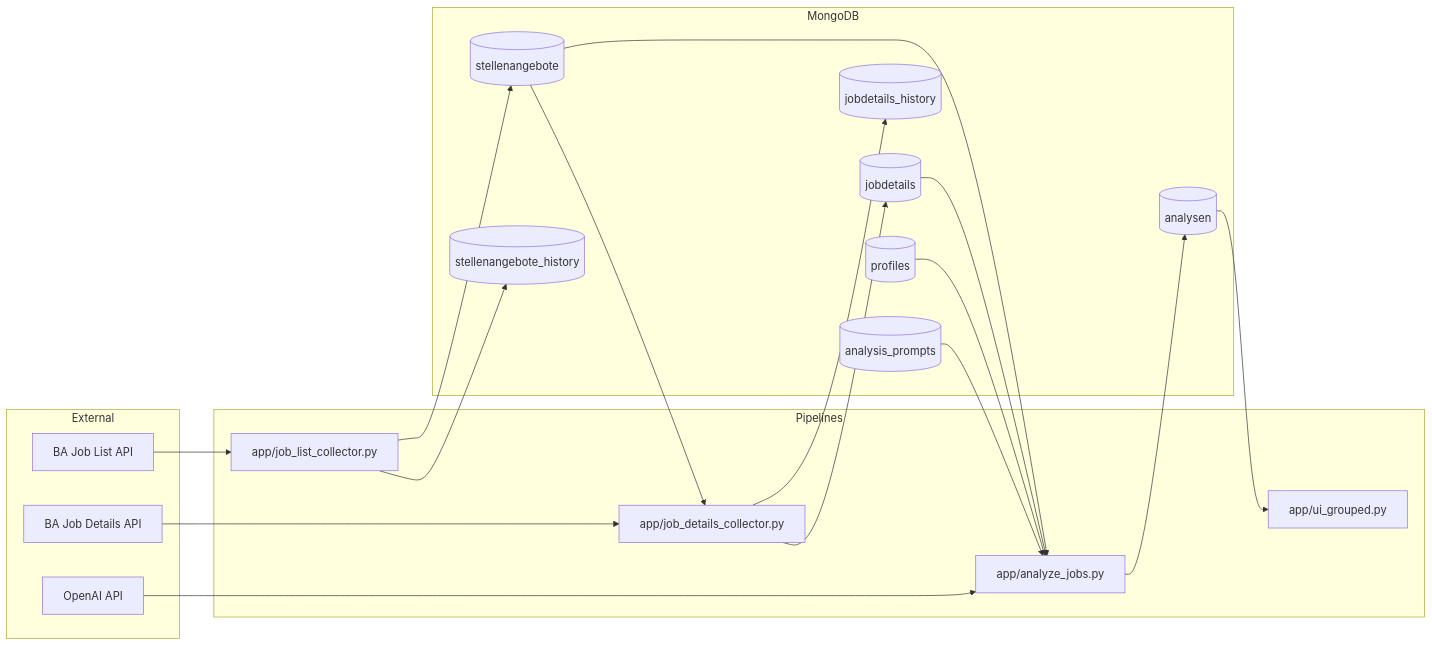
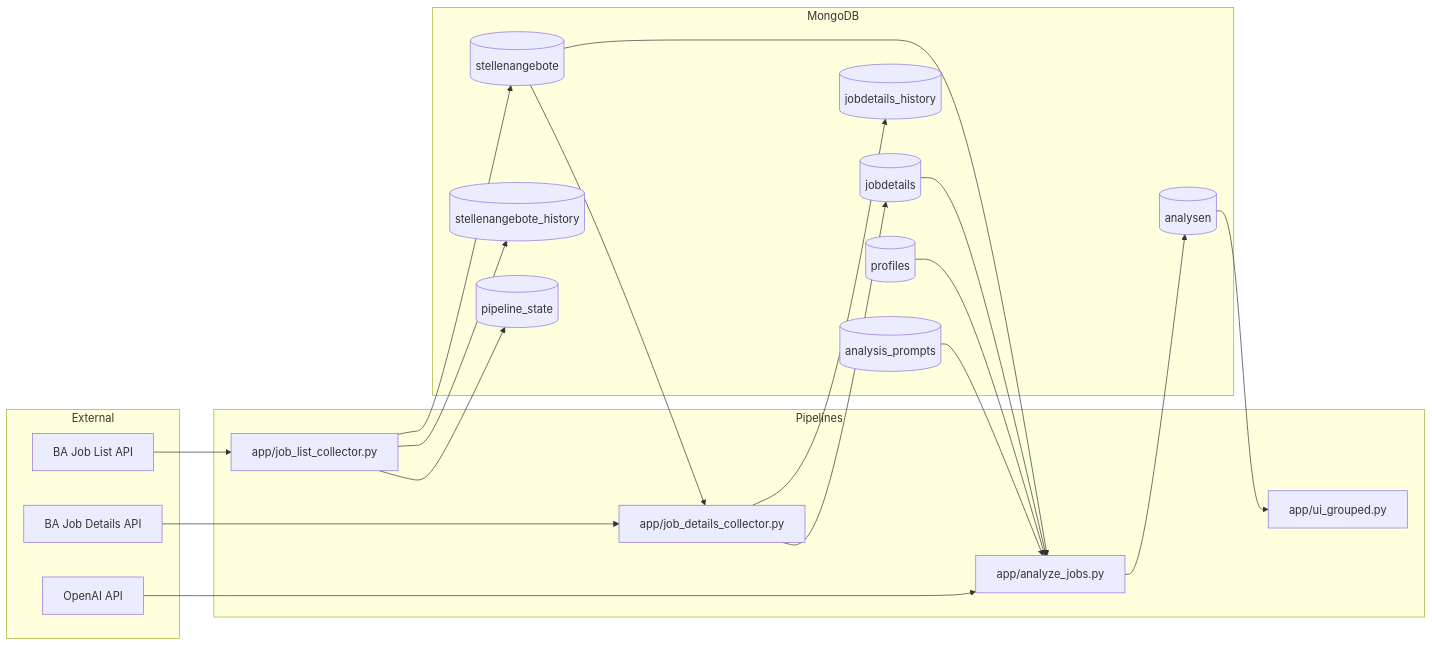
The diagram in docs/architecture/01-system-overview.md (oleksiydi/jobseeker-cli-dev), drawn with Mermaid before and after one commit. The commit also changed other lines of this file and 6 other files, not shown here.

First line of the commit message:
Align architecture docs with current pipeline behavior

````diff
--- a/docs/architecture/01-system-overview.md
+++ b/docs/architecture/01-system-overview.md
@@ -9,43 +9,45 @@
 ```mermaid
 flowchart LR
     subgraph External
         A1[BA Job List API]
         A2[BA Job Details API]
         A3[OpenAI API]
     end
 
     subgraph Pipelines
         P1[app/job_list_collector.py]
         P2[app/job_details_collector.py]
         P3[app/analyze_jobs.py]
         UI[app/ui_grouped.py]
     end
 
     subgraph MongoDB
         C1[(stellenangebote)]
         C2[(stellenangebote_history)]
         C3[(jobdetails)]
         C4[(jobdetails_history)]
         C5[(profiles)]
         C6[(analysis_prompts)]
         C7[(analysen)]
+        C8[(pipeline_state)]
     end
 
     A1 --> P1
     P1 --> C1
     P1 --> C2
+    P1 --> C8
 
     C1 --> P2
     A2 --> P2
     P2 --> C3
     P2 --> C4
 
     C1 --> P3
     C3 --> P3
     C5 --> P3
     C6 --> P3
     A3 --> P3
     P3 --> C7
 
     C7 --> UI
 ```
````
